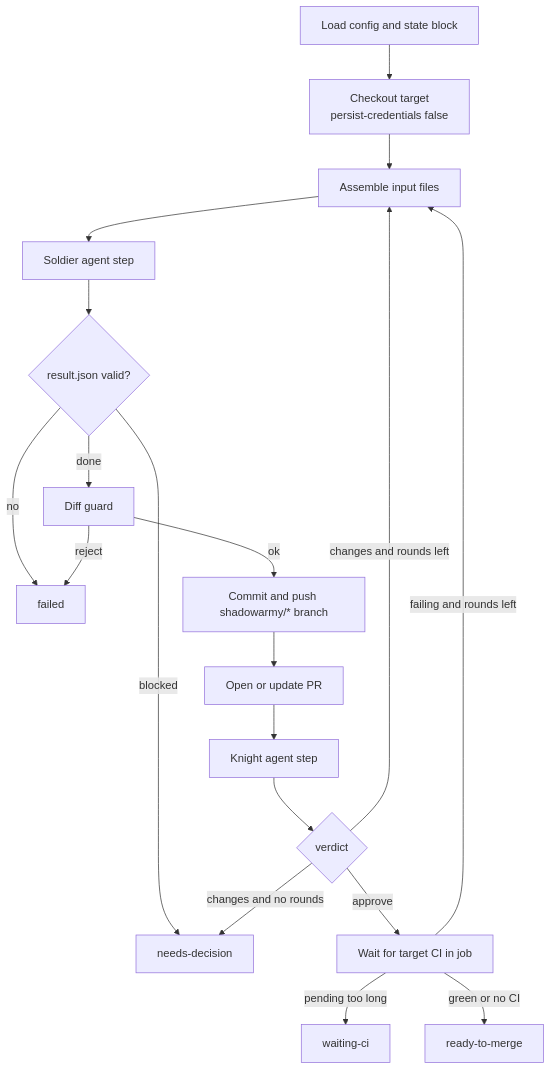
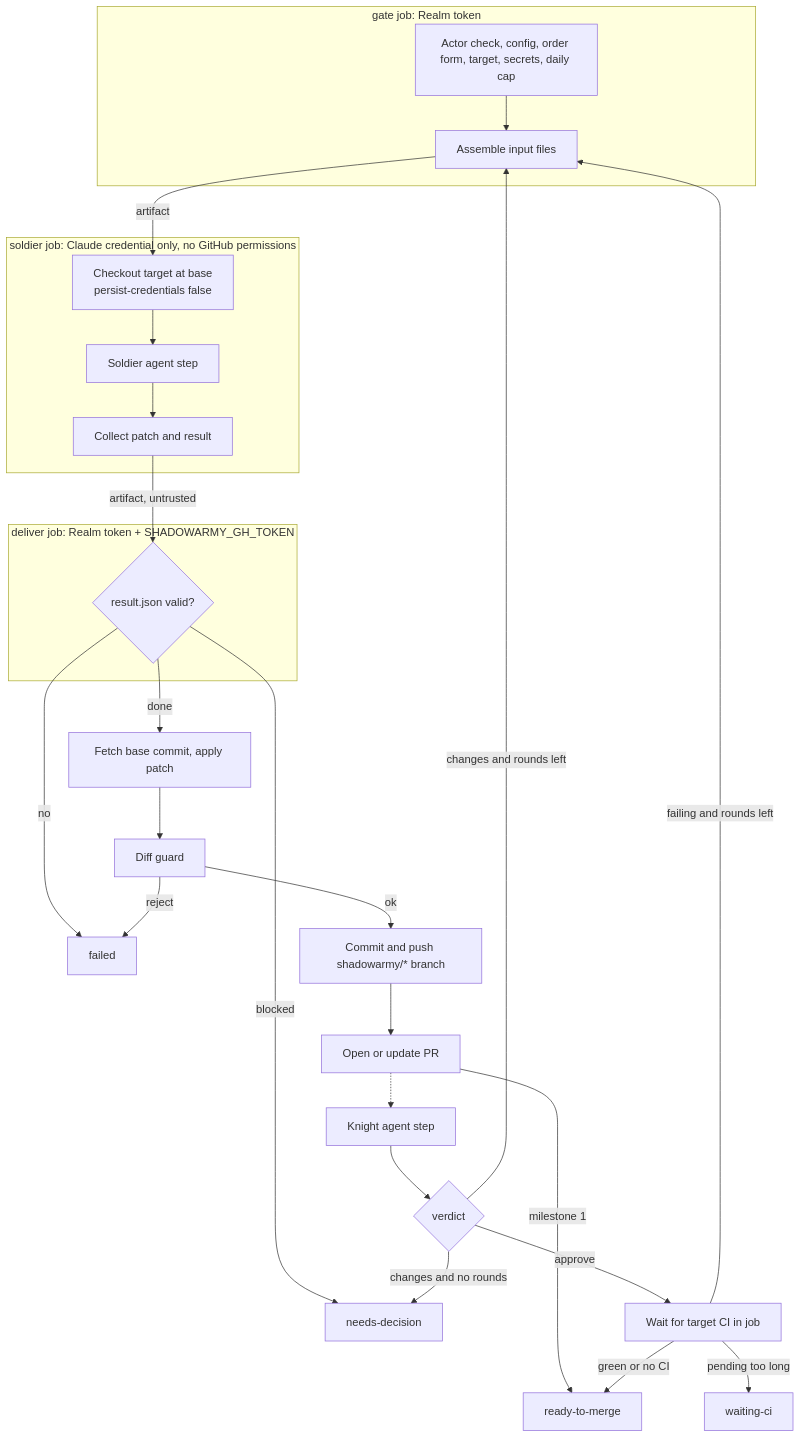
One commit to Vrajesh-works/shadowarmy changed the second of 2 diagrams in functional-diagrams/architecture.md. Above: the diagram before and after it, drawn with Mermaid. The commit also changed other lines of this file and 50 other files, not shown here.

First line of the commit message:
Add milestone 1 single-task order workflow

````diff
--- a/functional-diagrams/architecture.md
+++ b/functional-diagrams/architecture.md
@@ -84,21 +86,31 @@
 ```mermaid
 flowchart TB
-  A[Load config and state block] --> B[Checkout target<br/>persist-credentials false]
-  B --> C[Assemble input files]
-  C --> D[Soldier agent step]
-  D --> E{result.json valid?}
+  subgraph gate[gate job: Realm token]
+    A[Actor check, config, order form, target, secrets, daily cap] --> C[Assemble input files]
+  end
+  subgraph soldier[soldier job: Claude credential only, no GitHub permissions]
+    B[Checkout target at base<br/>persist-credentials false] --> D[Soldier agent step]
+    D --> P[Collect patch and result]
+  end
+  subgraph deliver[deliver job: Realm token + SHADOWARMY_GH_TOKEN]
+    E{result.json valid?}
+  end
+  C -- artifact --> B
+  P -- artifact, untrusted --> E
   E -- no --> F[failed]
   E -- blocked --> G[needs-decision]
-  E -- done --> H[Diff guard]
+  E -- done --> R[Fetch base commit, apply patch]
+  R --> H[Diff guard]
   H -- reject --> F
   H -- ok --> I[Commit and push shadowarmy/* branch]
   I --> J[Open or update PR]
-  J --> K[Knight agent step]
+  J -- milestone 1 --> O
+  J -.-> K[Knight agent step]
   K --> L{verdict}
   L -- changes and rounds left --> C
   L -- changes and no rounds --> G
   L -- approve --> M[Wait for target CI in job]
   M -- failing and rounds left --> C
   M -- pending too long --> N[waiting-ci]
   M -- green or no CI --> O[ready-to-merge]
 ```
````
